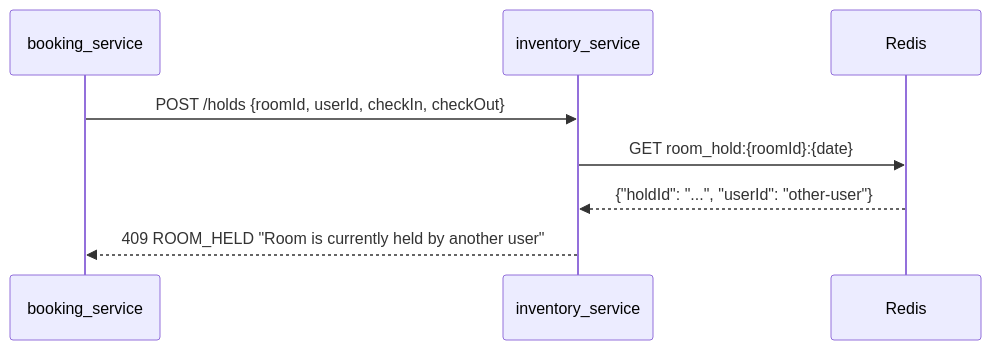
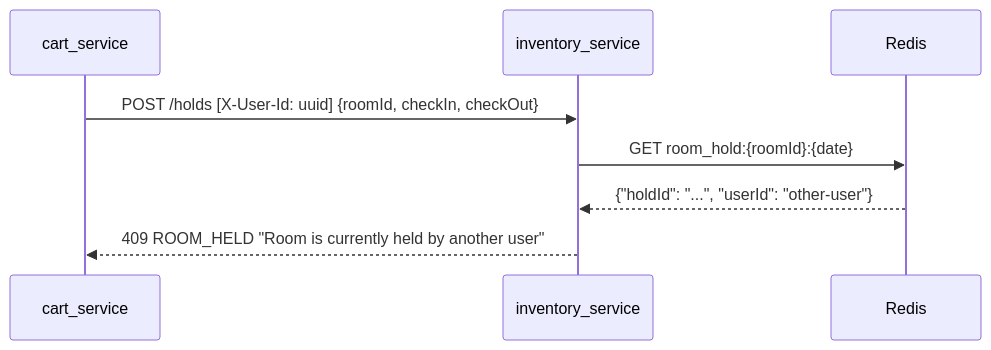
The second of 3 diagrams in services/inventory_service/ARCHITECTURE.md (5x5x5-cube/Proyecto-Final-Grupo-11-Backend), drawn with Mermaid before and after one commit. The commit also changed other lines of this file and 53 other files, not shown here.

````diff
--- a/services/inventory_service/ARCHITECTURE.md
+++ b/services/inventory_service/ARCHITECTURE.md
@@ -144,11 +156,11 @@
 ```mermaid
 sequenceDiagram
-    participant B as booking_service
+    participant C as cart_service
     participant I as inventory_service
     participant R as Redis
 
-    B->>I: POST /holds {roomId, userId, checkIn, checkOut}
+    C->>I: POST /holds [X-User-Id: uuid] {roomId, checkIn, checkOut}
     I->>R: GET room_hold:{roomId}:{date}
     R-->>I: {"holdId": "...", "userId": "other-user"}
-    I-->>B: 409 ROOM_HELD "Room is currently held by another user"
+    I-->>C: 409 ROOM_HELD "Room is currently held by another user"
 ```
````
